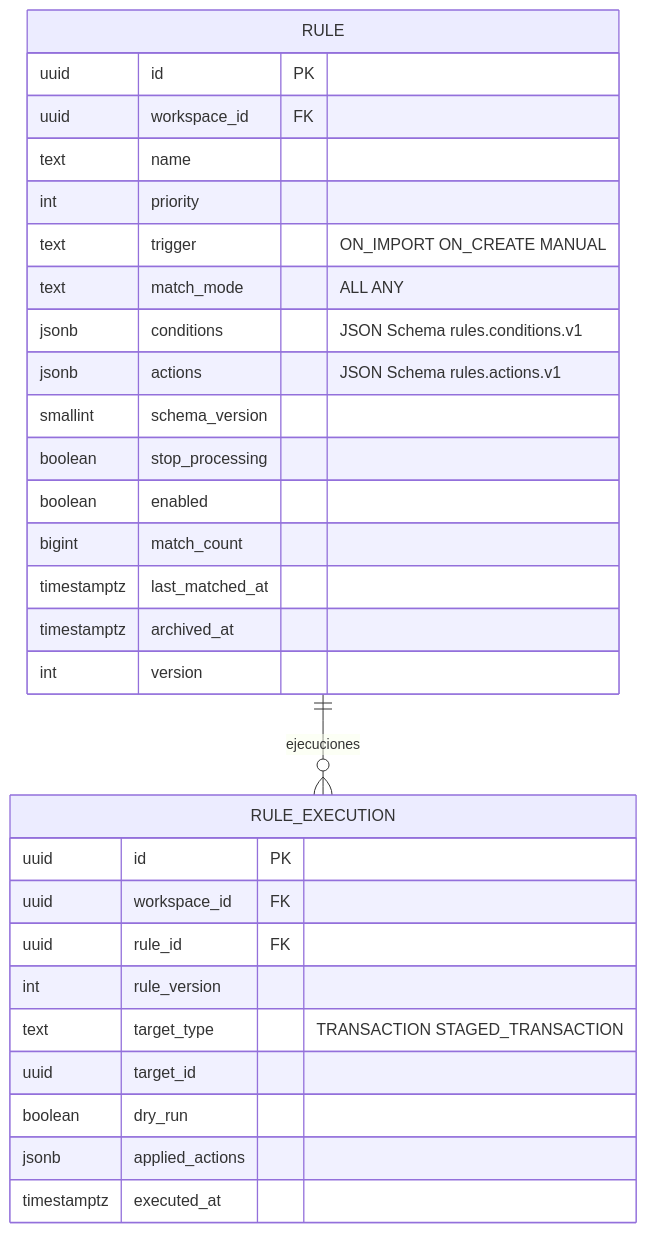
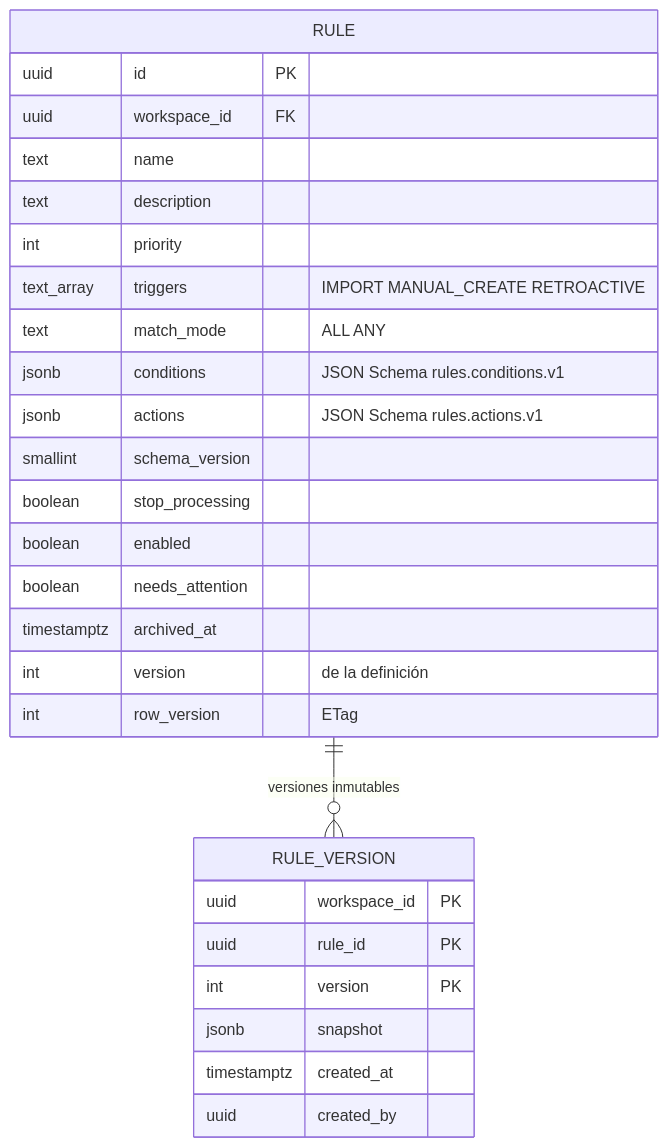
One commit to manuXD270516/personal-finances changed diagram 16 of 22 in docs/08-data-model.md. Above: the diagram before and after it, drawn with Mermaid. The commit also changed other lines of this file and 177 other files, not shown here.

First line of the commit message:
feat(rules): motor de reglas WHEN/THEN con dry-run y cobertura (change 55) (#196)

````diff
--- a/docs/08-data-model.md
+++ b/docs/08-data-model.md
@@ -1602,32 +1602,30 @@
 ```mermaid
 erDiagram
-  RULE ||--o{ RULE_EXECUTION : "ejecuciones"
+  RULE ||--o{ RULE_VERSION : "versiones inmutables"
   RULE {
     uuid id PK
     uuid workspace_id FK
     text name
+    text description
     int priority
-    text trigger "ON_IMPORT ON_CREATE MANUAL"
+    text_array triggers "IMPORT MANUAL_CREATE RETROACTIVE"
     text match_mode "ALL ANY"
     jsonb conditions "JSON Schema rules.conditions.v1"
     jsonb actions "JSON Schema rules.actions.v1"
     smallint schema_version
     boolean stop_processing
     boolean enabled
-    bigint match_count
-    timestamptz last_matched_at
+    boolean needs_attention
     timestamptz archived_at
-    int version
+    int version "de la definición"
+    int row_version "ETag"
   }
-  RULE_EXECUTION {
-    uuid id PK
-    uuid workspace_id FK
-    uuid rule_id FK
-    int rule_version
-    text target_type "TRANSACTION STAGED_TRANSACTION"
-    uuid target_id
-    boolean dry_run
-    jsonb applied_actions
-    timestamptz executed_at
+  RULE_VERSION {
+    uuid workspace_id PK
+    uuid rule_id PK
+    int version PK
+    jsonb snapshot
+    timestamptz created_at
+    uuid created_by
   }
 ```
````
